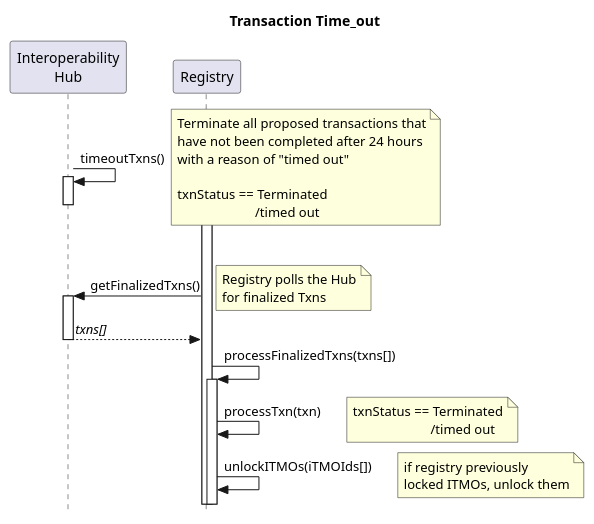
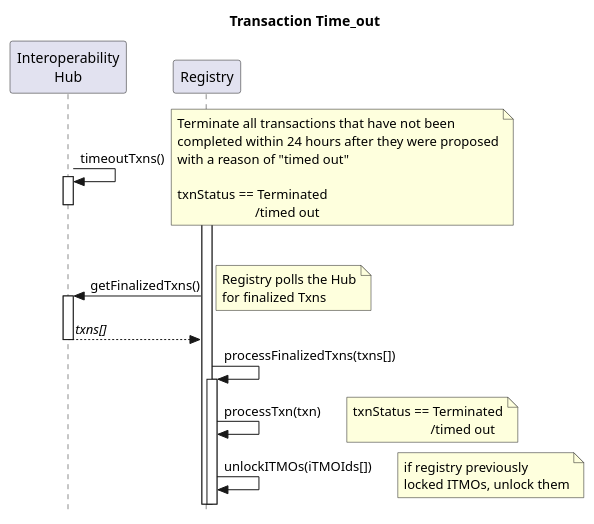
One commit to frankcnng/CARP changed the diagram in diagrams/TxnTime_out_Sequence.puml. Above: the diagram before and after it, drawn with PlantUML.

Commit message:
Update TxnTime_out_Sequence.puml
Reworded notes

```diff
--- a/diagrams/TxnTime_out_Sequence.puml
+++ b/diagrams/TxnTime_out_Sequence.puml
@@ -1,28 +1,28 @@
 @startuml TxnTime_out_Sequence
 
 title Transaction Time_out
 
 skinparam style strictuml
 
 participant "Interoperability\nHub" as Hub
 participant "Registry" as Reg
 
 Hub -> Hub++: timeoutTxns()
-note right: Terminate all proposed transactions that\nhave not been completed after 24 hours\nwith a reason of "timed out"\n\ntxnStatus == Terminated\n                       /timed out
+note right: Terminate all transactions that have not been\ncompleted within 24 hours after they were proposed\nwith a reason of "timed out"\n\ntxnStatus == Terminated\n                       /timed out
 deactivate Hub
 
 activate Reg
 Reg -> Hub++: getFinalizedTxns()
   note right: Registry polls the Hub\nfor finalized Txns
   
 Reg <-- Hub: //txns[]//
 deactivate Hub
 
 Reg -> Reg: processFinalizedTxns(txns[])
 activate Reg
 Reg -> Reg: processTxn(txn)
 note right: txnStatus == Terminated\n                       /timed out
 Reg -> Reg: unlockITMOs(iTMOIds[])
 note right: if registry previously\nlocked ITMOs, unlock them
 
 @enduml
```
